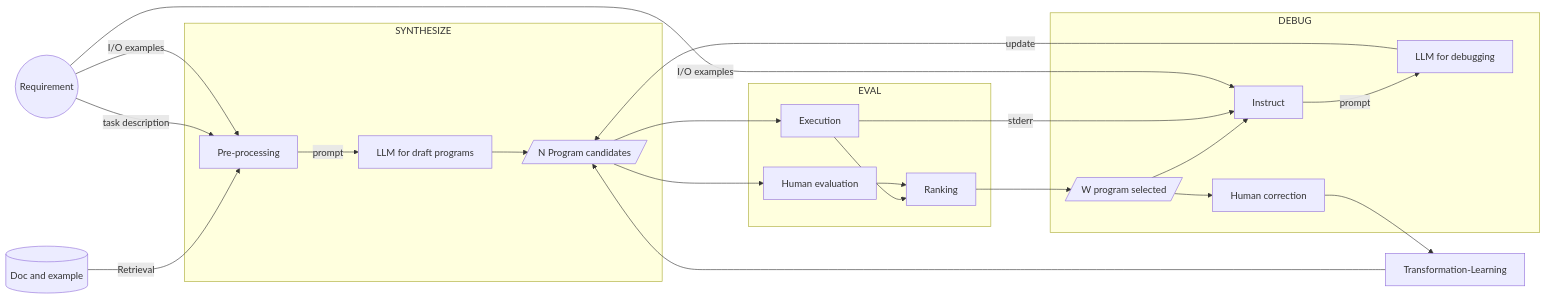
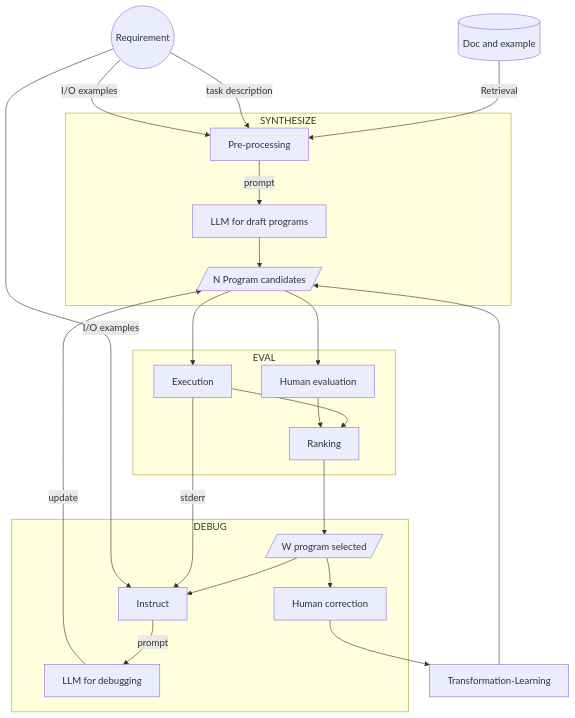
One commit to AI-LLM/ai-llm.github.io changed the second of 2 diagrams in Code-Generation.md. Above: the diagram before and after it, drawn with Mermaid.

````diff
--- a/Code-Generation.md
+++ b/Code-Generation.md
@@ -59,27 +59,27 @@
 ```mermaid
-graph LR;
+graph TD;
 doc[(Doc and example)] -- Retrieval --> Pre-processing
 S((Requirement)) -- task description --> Pre-processing
 S -- I/O examples --> Pre-processing
 subgraph SYNTHESIZE
 Pre-processing -- prompt --> LLMsynth[LLM for draft programs]
 LLMsynth --> PN[/N Program candidates/]
 end
 PN --> Evaluation[Human evaluation]
 PN --> Execution
 subgraph EVAL
 Execution --> Ranking
 Evaluation --> Ranking
 end
 Ranking --> PS[/W program selected/]
 subgraph DEBUG
 PS --> Instruct
 Execution -- stderr --> Instruct
 Instruct -- prompt --> LLMdebug[LLM for debugging]
 PS --> Correction[Human correction]
 end
 S -- I/O examples --> Instruct
 LLMdebug -- update --> PN
 Correction --> Transformation-Learning
 Transformation-Learning --> PN
 ```
````
